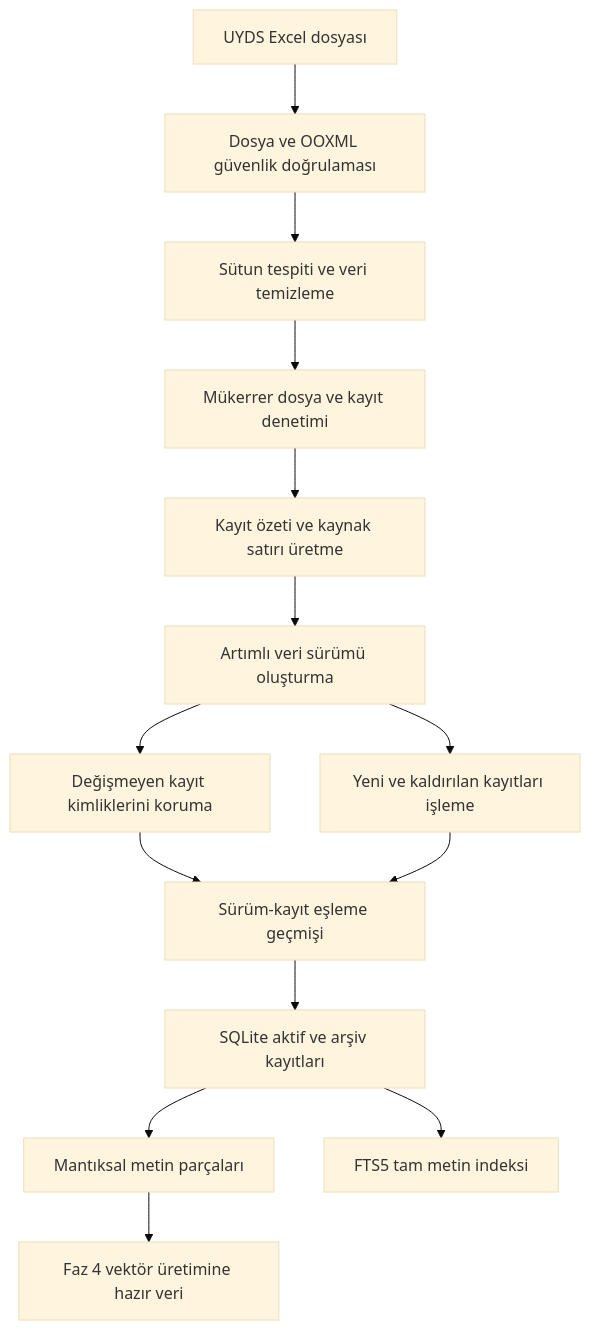
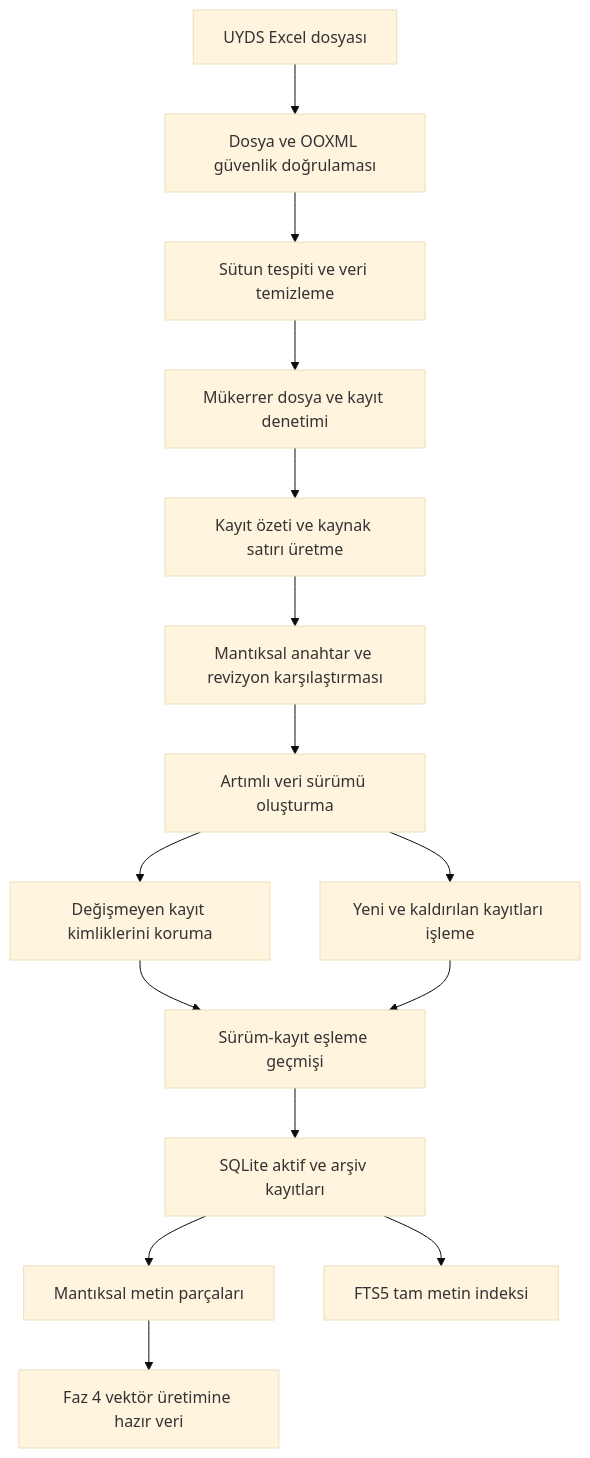
The diagram in README.md (mecik-arda/UYDS-SSS-hades-bot), drawn with Mermaid (base theme) before and after one commit. The commit also changed other lines of this file and 5 other files, not shown here.

````diff
--- a/README.md
+++ b/README.md
@@ -81,16 +85,17 @@
 ```mermaid
 flowchart TD
     A["UYDS Excel dosyası"] --> B["Dosya ve OOXML güvenlik doğrulaması"]
     B --> C["Sütun tespiti ve veri temizleme"]
     C --> D["Mükerrer dosya ve kayıt denetimi"]
     D --> E["Kayıt özeti ve kaynak satırı üretme"]
-    E --> F["Artımlı veri sürümü oluşturma"]
+    E --> N["Mantıksal anahtar ve revizyon karşılaştırması"]
+    N --> F["Artımlı veri sürümü oluşturma"]
     F --> J["Değişmeyen kayıt kimliklerini koruma"]
     F --> K["Yeni ve kaldırılan kayıtları işleme"]
     J --> L["Sürüm-kayıt eşleme geçmişi"]
     K --> L
     L --> M["SQLite aktif ve arşiv kayıtları"]
     M --> G["Mantıksal metin parçaları"]
     M --> H["FTS5 tam metin indeksi"]
     G --> I["Faz 4 vektör üretimine hazır veri"]
 ```
````
